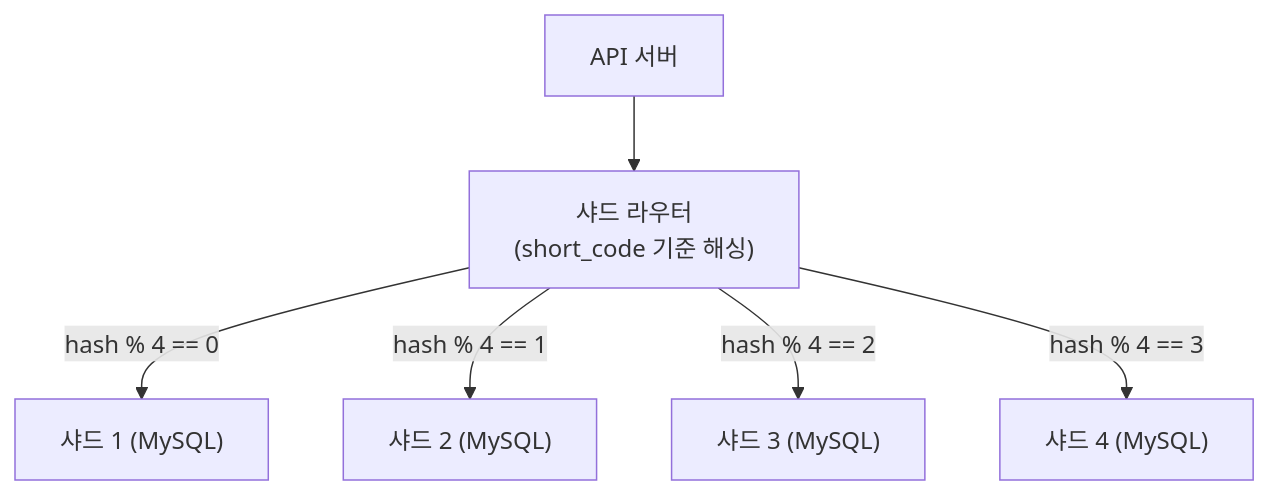
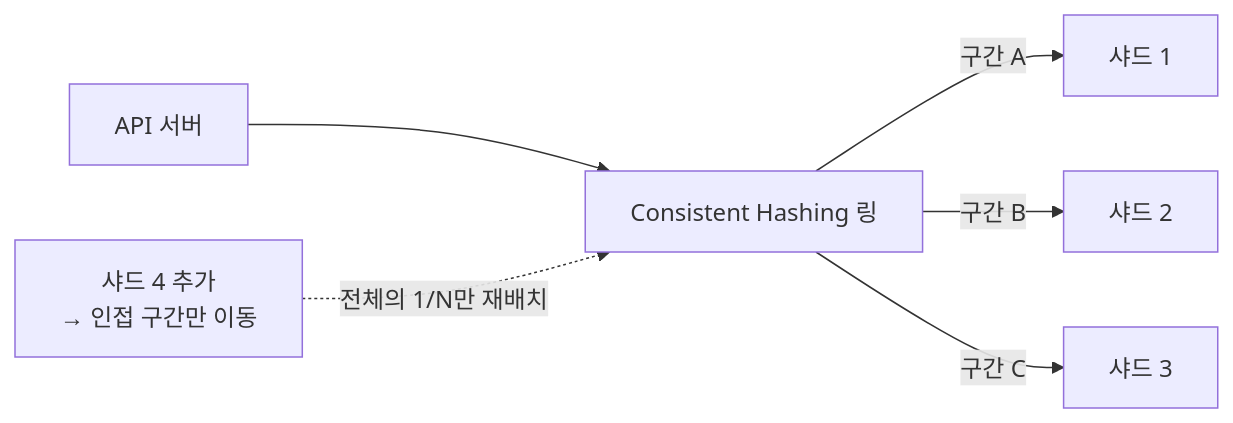
One commit to yjkim2015/yjkim2015.github.io changed the fifth of 8 diagrams in _posts/systemdesign/2026-05-02-system-design-url-shortener.md. Above: the diagram before and after it, drawn with Mermaid. The commit also changed other lines of this file and 215 other files, not shown here.

First line of the commit message:
신규 포스트 10개 추가 + Mermaid 전면 축소 + SystemDesign 시리즈 보강

````diff
--- a/_posts/systemdesign/2026-05-02-system-design-url-shortener.md
+++ b/_posts/systemdesign/2026-05-02-system-design-url-shortener.md
@@ -226,8 +217,8 @@
 ```mermaid
-graph TD
-    API["API 서버"] --> Router["샤드 라우터<br>(short_code 기준 해싱)"]
-    Router -->|"hash % 4 == 0"| S1["샤드 1 (MySQL)"]
-    Router -->|"hash % 4 == 1"| S2["샤드 2 (MySQL)"]
-    Router -->|"hash % 4 == 2"| S3["샤드 3 (MySQL)"]
-    Router -->|"hash % 4 == 3"| S4["샤드 4 (MySQL)"]
+graph LR
+    API["API 서버"] --> CH["Consistent Hashing 링"]
+    CH -->|"구간 A"| S1["샤드 1"]
+    CH -->|"구간 B"| S2["샤드 2"]
+    CH -->|"구간 C"| S3["샤드 3"]
+    S4["샤드 4 추가\n→ 인접 구간만 이동"] -.->|"전체의 1/N만 재배치"| CH
 ```
````
